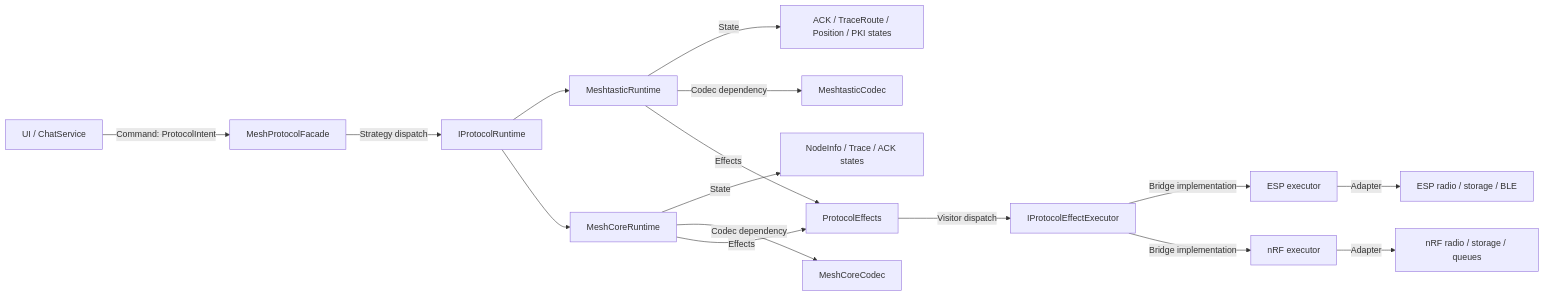
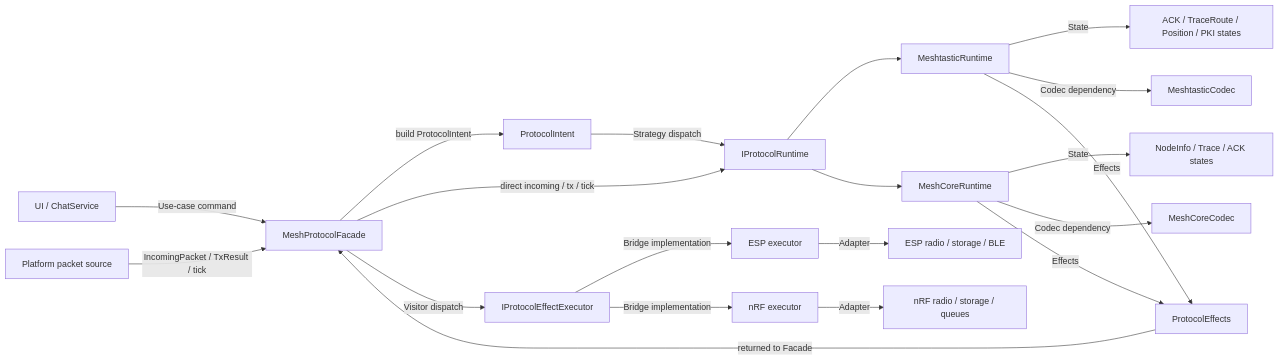
One commit to DinaTzi/trail-mate changed the second of 6 diagrams in docs/specification/PROTOCOL_RUNTIME_DESIGN_SPEC.md. Above: the diagram before and after it, drawn with Mermaid. The commit also changed other lines of this file, not shown here.

Commit message:
docs(protocol): require facade boundary in runtime spec

````diff
--- a/docs/specification/PROTOCOL_RUNTIME_DESIGN_SPEC.md
+++ b/docs/specification/PROTOCOL_RUNTIME_DESIGN_SPEC.md
@@ -226,18 +356,22 @@
 ```mermaid
 flowchart LR
-    UI[UI / ChatService] -->|Command: ProtocolIntent| Facade[MeshProtocolFacade]
-    Facade -->|Strategy dispatch| Runtime[IProtocolRuntime]
+    UI[UI / ChatService] -->|Use-case command| Facade[MeshProtocolFacade]
+    PlatformIn[Platform packet source] -->|IncomingPacket / TxResult / tick| Facade
+    Facade -->|build ProtocolIntent| Intent[ProtocolIntent]
+    Intent -->|Strategy dispatch| Runtime[IProtocolRuntime]
+    Facade -->|direct incoming / tx / tick| Runtime
     Runtime --> MT[MeshtasticRuntime]
     Runtime --> MC[MeshCoreRuntime]
     MT -->|State| MTState[ACK / TraceRoute / Position / PKI states]
     MC -->|State| MCState[NodeInfo / Trace / ACK states]
     MT -->|Codec dependency| MTCodec[MeshtasticCodec]
     MC -->|Codec dependency| MCCodec[MeshCoreCodec]
     MT -->|Effects| Effects[ProtocolEffects]
     MC -->|Effects| Effects
-    Effects -->|Visitor dispatch| Executor[IProtocolEffectExecutor]
+    Effects -->|returned to Facade| Facade
+    Facade -->|Visitor dispatch| Executor[IProtocolEffectExecutor]
     Executor -->|Bridge implementation| Esp[ESP executor]
     Executor -->|Bridge implementation| Nrf[nRF executor]
     Esp -->|Adapter| EspIO[ESP radio / storage / BLE]
     Nrf -->|Adapter| NrfIO[nRF radio / storage / queues]
 ```
````
